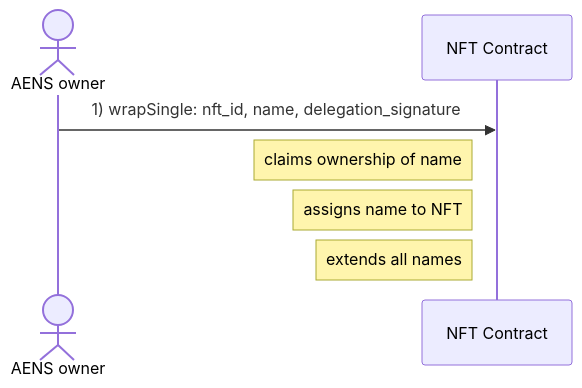
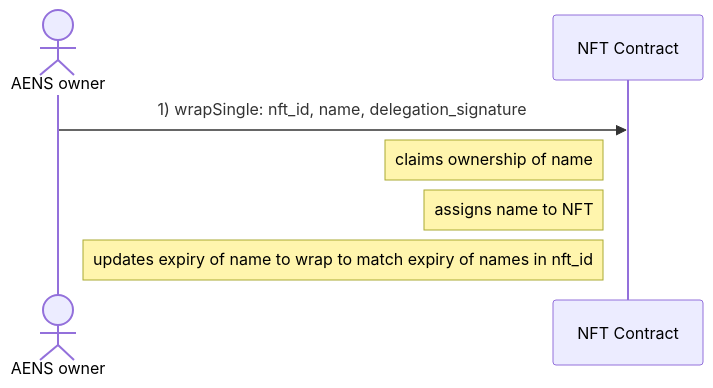
Before and after one commit to marc0olo/aens-nfts: the second of 3 diagrams in docs/diagrams/wrap_aens_names.md, drawn with Mermaid. The commit also changed other lines of this file and 5 other files, not shown here.

````diff
--- a/docs/diagrams/wrap_aens_names.md
+++ b/docs/diagrams/wrap_aens_names.md
@@ -21,8 +21,8 @@
 ```mermaid
 sequenceDiagram
     actor AENS owner
     AENS owner ->> NFT Contract: 1) wrapSingle: nft_id, name, delegation_signature
     Note left of NFT Contract: claims ownership of name
     Note left of NFT Contract: assigns name to NFT
-    Note left of NFT Contract: extends all names
+    Note left of NFT Contract: updates expiry of name to wrap to match expiry of names in nft_id
 ```
````
